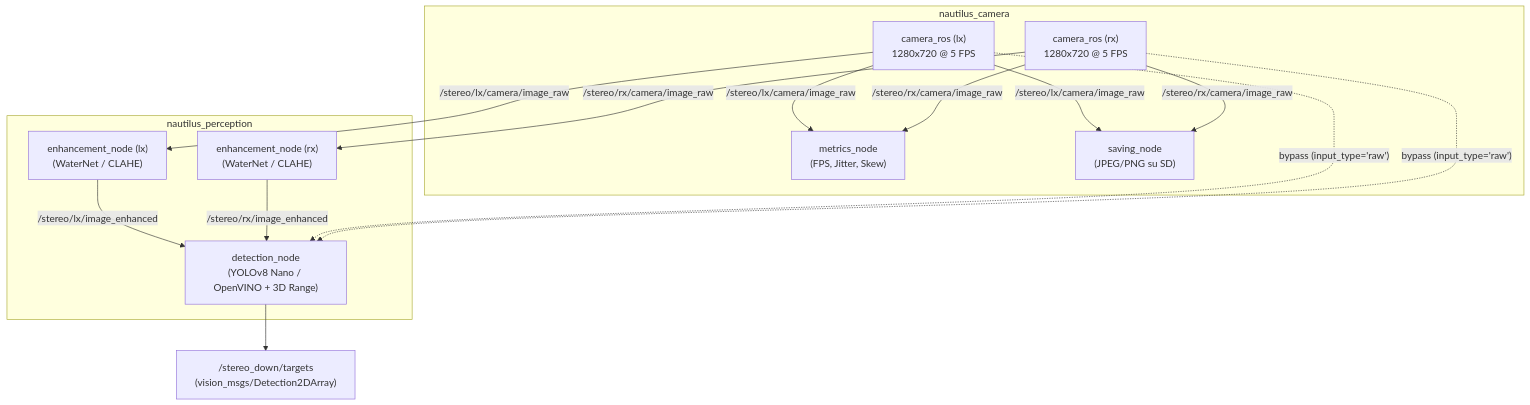
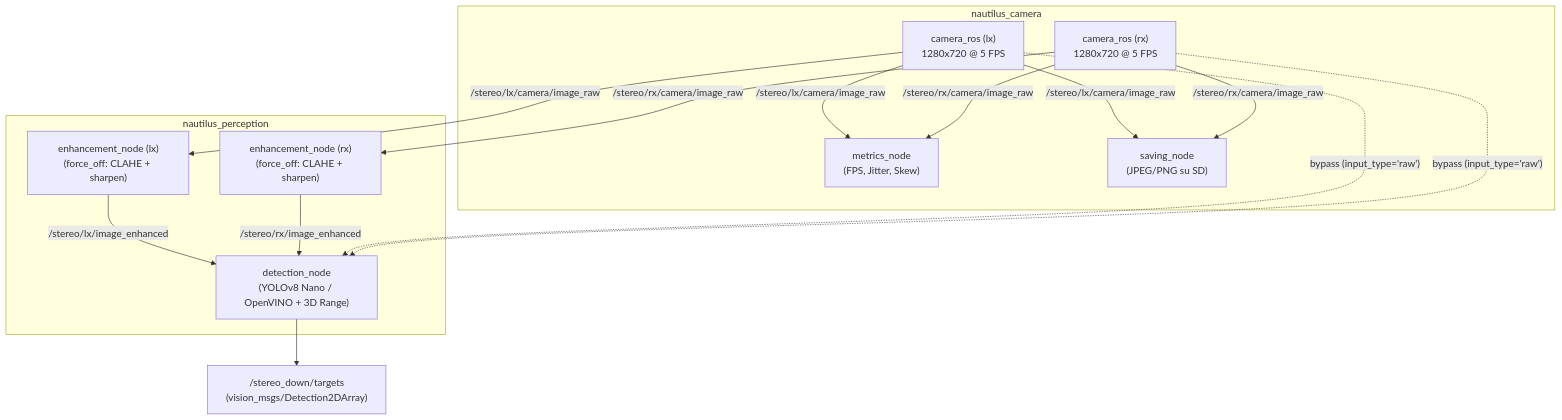
One commit to alessiomodonesi/nautilus-vision-pipeline changed the diagram in README.md. Above: the diagram before and after it, drawn with Mermaid. The commit also changed other lines of this file, not shown here.

````diff
--- a/README.md
+++ b/README.md
@@ -57,32 +70,32 @@
 ```mermaid
 flowchart TD
     subgraph PkgCam ["nautilus_camera"]
         DriverLX["camera_ros (lx)\n1280x720 @ 5 FPS"]
         DriverRX["camera_ros (rx)\n1280x720 @ 5 FPS"]
         Metrics["metrics_node\n(FPS, Jitter, Skew)"]
         Saving["saving_node\n(JPEG/PNG su SD)"]
     end
 
     subgraph PkgPerc ["nautilus_perception"]
-        EnhLX["enhancement_node (lx)\n(WaterNet / CLAHE)"]
-        EnhRX["enhancement_node (rx)\n(WaterNet / CLAHE)"]
+        EnhLX["enhancement_node (lx)\n(force_off: CLAHE + sharpen)"]
+        EnhRX["enhancement_node (rx)\n(force_off: CLAHE + sharpen)"]
         Detect["detection_node\n(YOLOv8 Nano / OpenVINO + 3D Range)"]
     end
 
     DriverLX -->|/stereo/lx/camera/image_raw| Metrics
     DriverRX -->|/stereo/rx/camera/image_raw| Metrics
 
     DriverLX -->|/stereo/lx/camera/image_raw| Saving
     DriverRX -->|/stereo/rx/camera/image_raw| Saving
 
     DriverLX -->|/stereo/lx/camera/image_raw| EnhLX
     DriverRX -->|/stereo/rx/camera/image_raw| EnhRX
 
     EnhLX -->|/stereo/lx/image_enhanced| Detect
     EnhRX -->|/stereo/rx/image_enhanced| Detect
 
     DriverLX -.->|"bypass (input_type='raw')"| Detect
     DriverRX -.->|"bypass (input_type='raw')"| Detect
 
     Detect --> TargetOut["/stereo_down/targets\n(vision_msgs/Detection2DArray)"]
 ```
````
